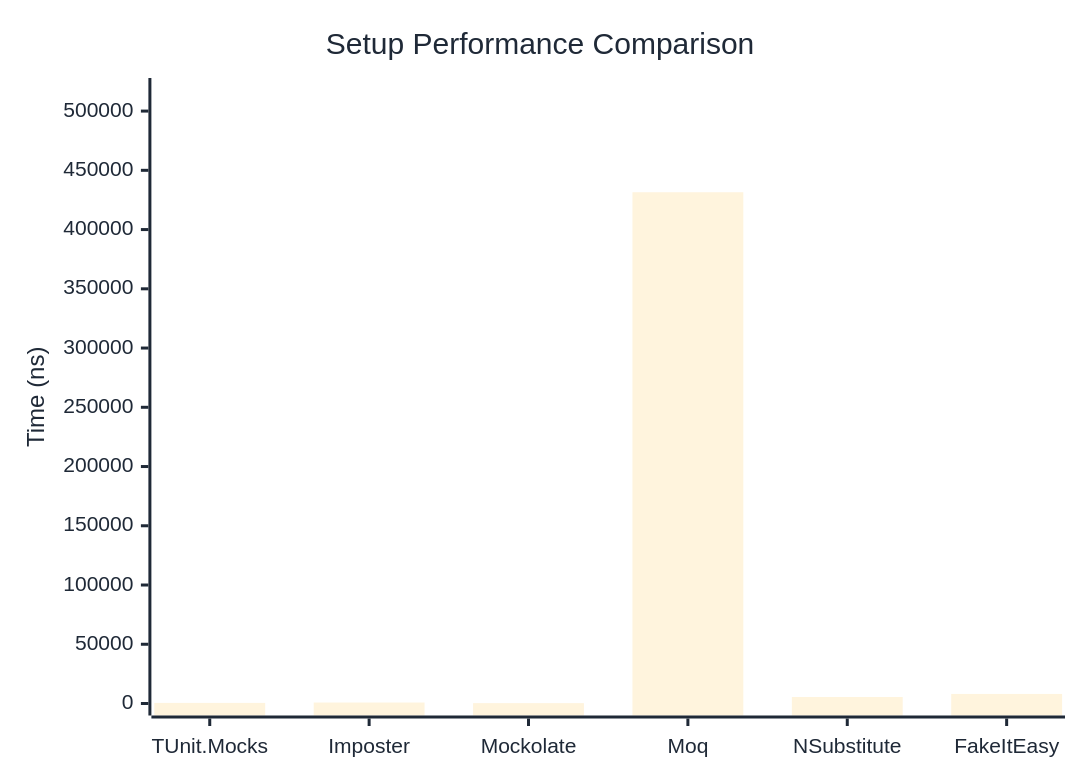
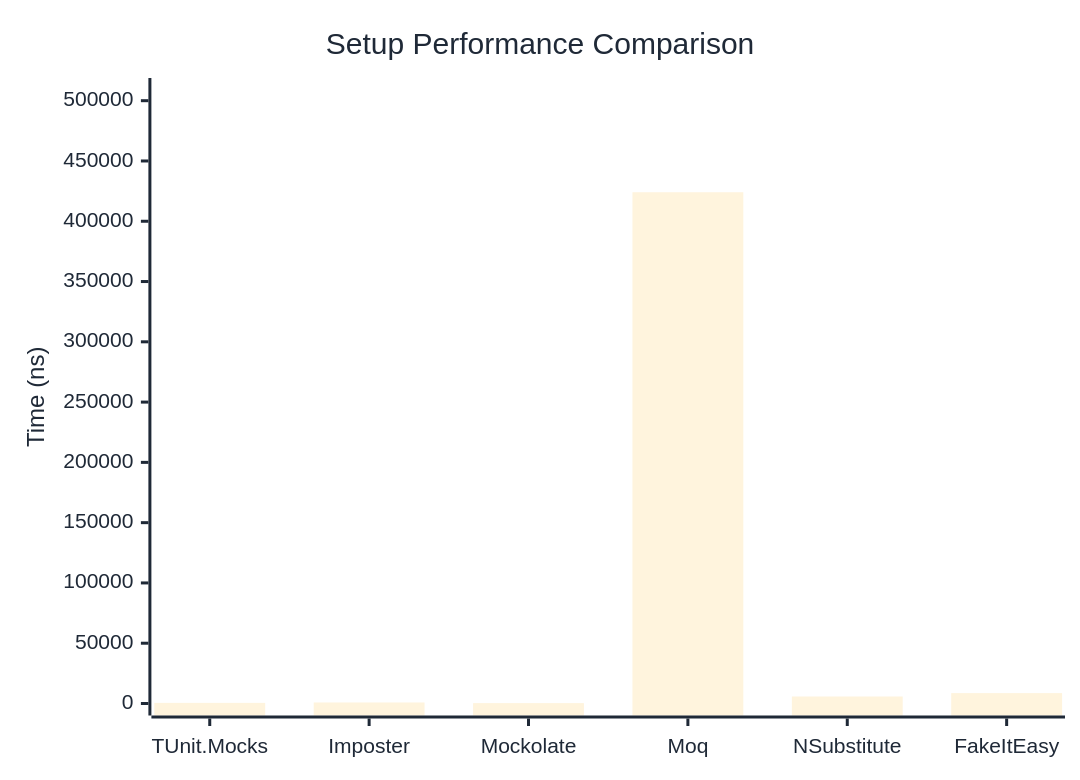
One commit to thomhurst/TUnit changed the first of 2 diagrams in docs/docs/benchmarks/mocks/Setup.md. Above: the diagram before and after it, drawn with Mermaid. The commit also changed other lines of this file and 14 other files, not shown here.

````diff
--- a/docs/docs/benchmarks/mocks/Setup.md
+++ b/docs/docs/benchmarks/mocks/Setup.md
@@ -30,27 +30,27 @@
 ```mermaid
 %%{init: {
   'theme':'base',
   'themeVariables': {
     'primaryColor': '#2563eb',
     'primaryTextColor': '#1f2937',
     'primaryBorderColor': '#1e40af',
     'lineColor': '#6b7280',
     'secondaryColor': '#7c3aed',
     'tertiaryColor': '#dc2626',
     'background': '#ffffff',
     'pie1': '#2563eb',
     'pie2': '#7c3aed',
     'pie3': '#dc2626',
     'pie4': '#f59e0b',
     'pie5': '#10b981',
     'pie6': '#06b6d4',
     'pie7': '#ec4899',
     'pie8': '#6366f1'
   }
 }}%%
 xychart-beta
   title "Setup Performance Comparison"
   x-axis ["TUnit.Mocks", "Imposter", "Mockolate", "Moq", "NSubstitute", "FakeItEasy"]
-  y-axis "Time (ns)" 0 --> 517792
-  bar [511.6, 816.5, 311.3, 431492.8, 5484, 8085.3]
+  y-axis "Time (ns)" 0 --> 508871
+  bar [529.7, 837.7, 319.1, 424058.7, 5807, 8626.6]
 ```
````
